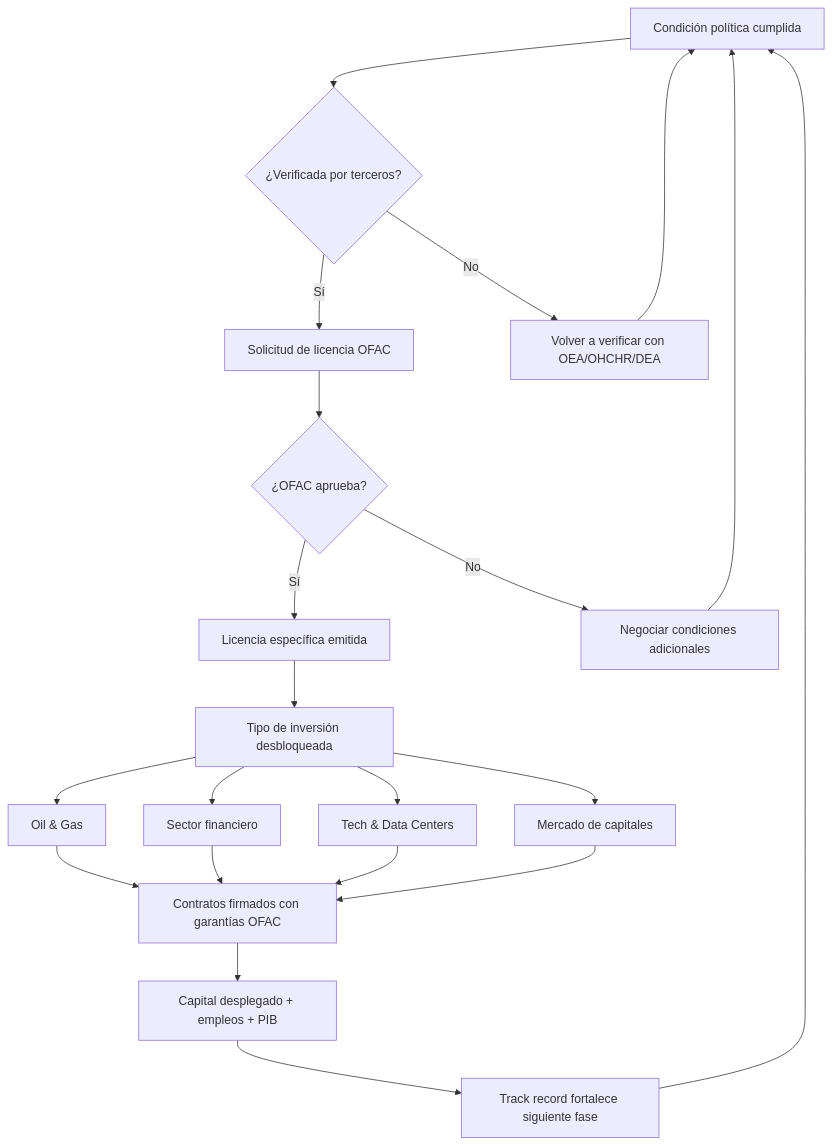
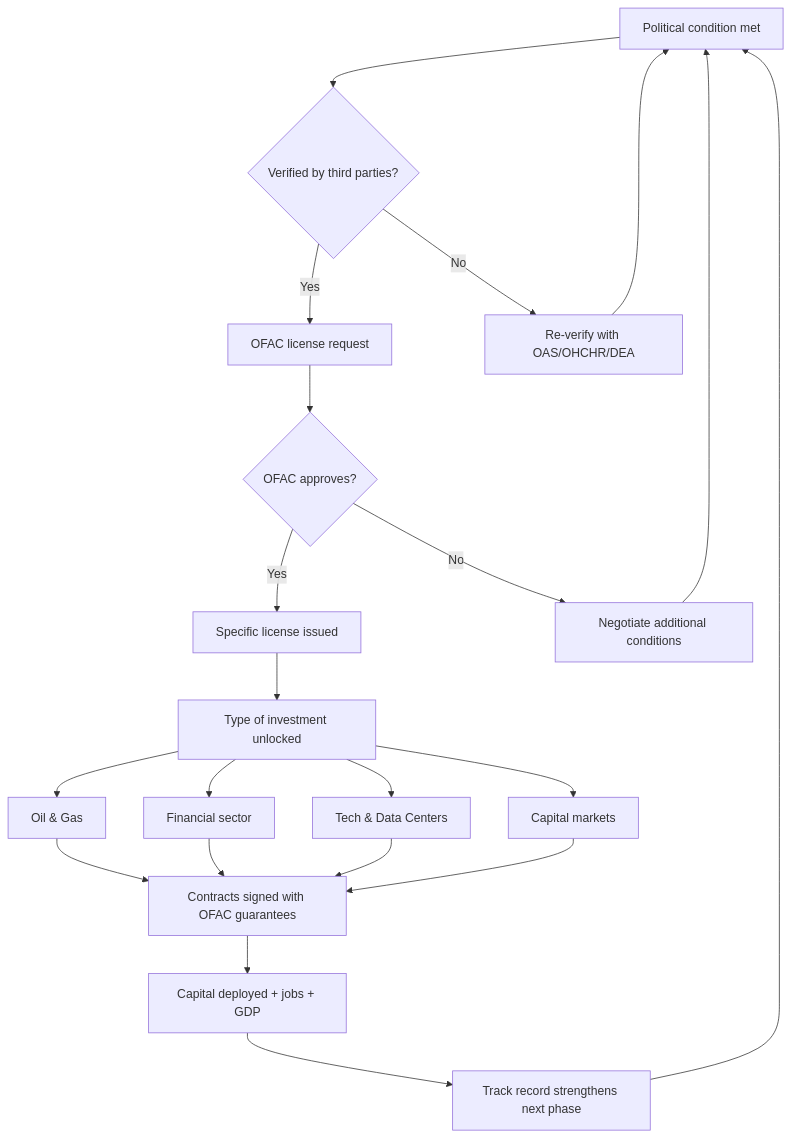
Before and after one commit to Venezuela-S-A/venezuela-sa: the second of 2 diagrams in i18n/en/docusaurus-plugin-content-docs/current/04-gobernanza/roadmap-sanciones.md, drawn with Mermaid. The commit also changed other lines of this file and 127 other files, not shown here.

````diff
--- a/i18n/en/docusaurus-plugin-content-docs/current/04-gobernanza/roadmap-sanciones.md
+++ b/i18n/en/docusaurus-plugin-content-docs/current/04-gobernanza/roadmap-sanciones.md
@@ -106,23 +106,23 @@
 ```mermaid
 flowchart TD
-    A[Condición política cumplida] --> B{¿Verificada por terceros?}
-    B -->|Sí| C[Solicitud de licencia OFAC]
-    B -->|No| D[Volver a verificar con OEA/OHCHR/DEA]
-    C --> E{¿OFAC aprueba?}
-    E -->|Sí| F[Licencia específica emitida]
-    E -->|No| G[Negociar condiciones adicionales]
+    A[Political condition met] --> B{Verified by third parties?}
+    B -->|Yes| C[OFAC license request]
+    B -->|No| D[Re-verify with OAS/OHCHR/DEA]
+    C --> E{OFAC approves?}
+    E -->|Yes| F[Specific license issued]
+    E -->|No| G[Negotiate additional conditions]
     G --> A
-    F --> H[Tipo de inversión desbloqueada]
+    F --> H[Type of investment unlocked]
     H --> I[Oil & Gas]
-    H --> J[Sector financiero]
+    H --> J[Financial sector]
     H --> K[Tech & Data Centers]
-    H --> L[Mercado de capitales]
-    I --> M[Contratos firmados con garantías OFAC]
+    H --> L[Capital markets]
+    I --> M[Contracts signed with OFAC guarantees]
     J --> M
     K --> M
     L --> M
-    M --> N[Capital desplegado + empleos + PIB]
-    N --> O[Track record fortalece siguiente fase]
+    M --> N[Capital deployed + jobs + GDP]
+    N --> O[Track record strengthens next phase]
     O --> A
     D --> A
 ```
````
